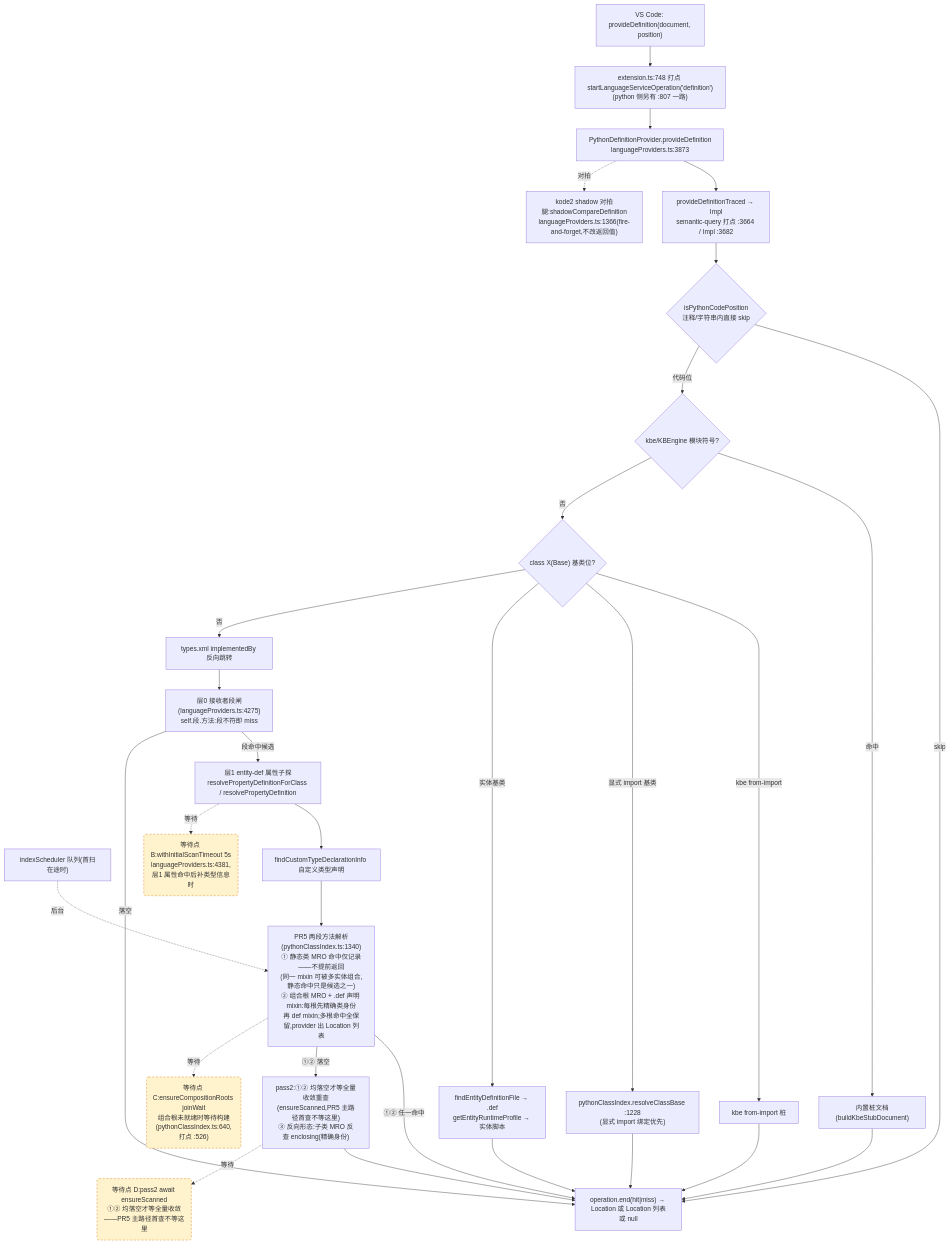
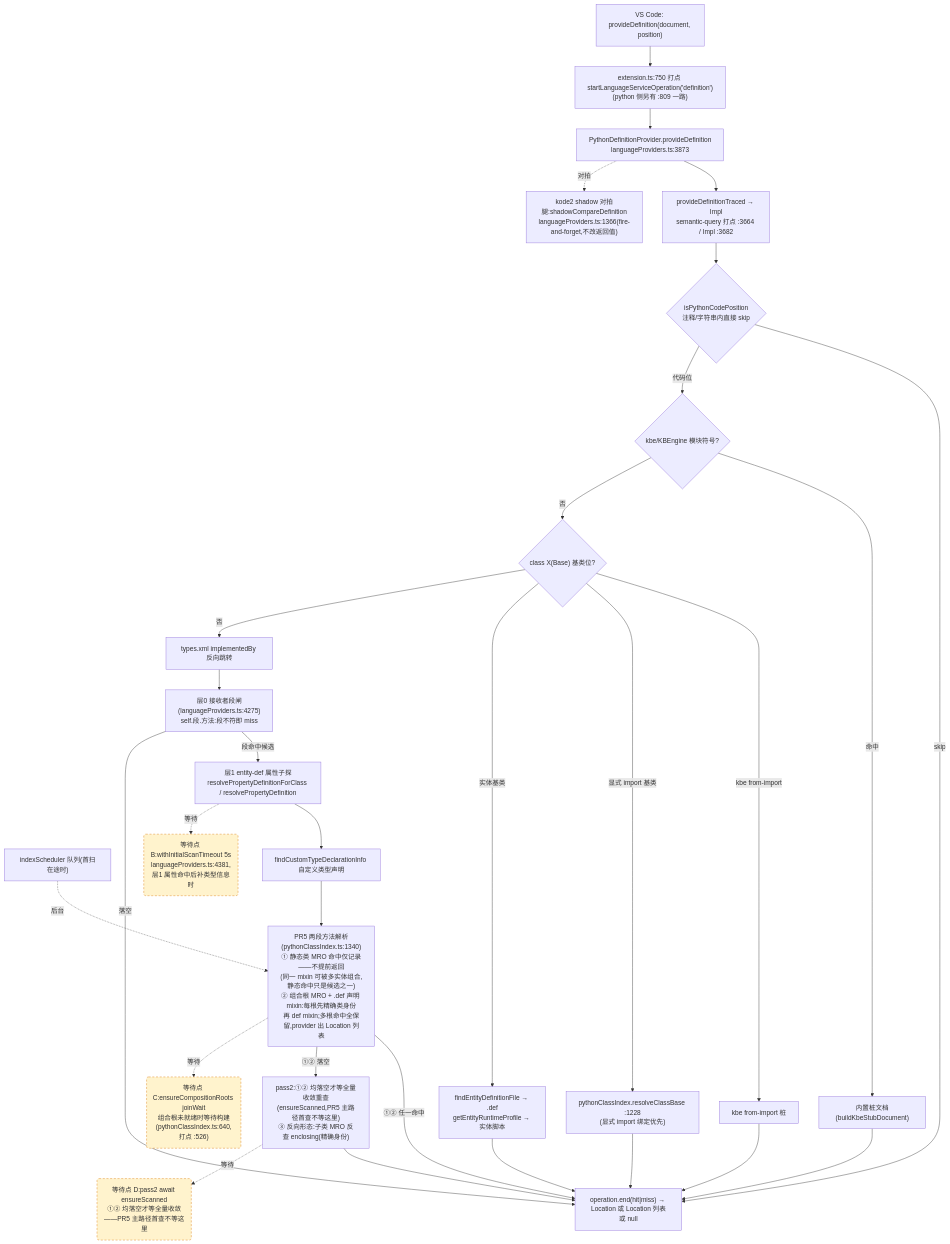
Before and after one commit to cuihairu/kode: the second of 4 diagrams in docs/perf/2026-baseline.md, drawn with Mermaid. The commit also changed other lines of this file and 11 other files, not shown here.

````diff
--- a/docs/perf/2026-baseline.md
+++ b/docs/perf/2026-baseline.md
@@ -130,51 +130,51 @@
 ```mermaid
 flowchart TD
   VC2["VS Code: provideDefinition(document, position)"]
-  M2["extension.ts:748 打点 startLanguageServiceOperation('definition')<br/>(python 侧另有 :807 一路)"]
+  M2["extension.ts:750 打点 startLanguageServiceOperation('definition')<br/>(python 侧另有 :809 一路)"]
   AD2["PythonDefinitionProvider.provideDefinition<br/>languageProviders.ts:3873"]
   TR["provideDefinitionTraced → Impl<br/>semantic-query 打点 :3664 / Impl :3682"]
   CTX{"isPythonCodePosition<br/>注释/字符串内直接 skip"}
   KBE{"kbe/KBEngine 模块符号?"}
   STUB["内置桩文档(buildKbeStubDocument)"]
   CB{"class X(Base) 基类位?"}
   CB1["kbe from-import 桩"]
   CB2["pythonClassIndex.resolveClassBase :1228<br/>(显式 import 绑定优先)"]
   CB3["findEntityDefinitionFile → .def<br/>getEntityRuntimeProfile → 实体脚本"]
   REV["types.xml implementedBy 反向跳转"]
   L0["层0 接收者段闸(languageProviders.ts:4275)<br/>self.段.方法:段不符即 miss"]
   L1["层1 entity-def 属性子探<br/>resolvePropertyDefinitionForClass / resolvePropertyDefinition"]
   SCAN["indexScheduler 队列(首扫在途时)"]
   TY["findCustomTypeDeclarationInfo 自定义类型声明"]
   MRO["PR5 两段方法解析(pythonClassIndex.ts:1340)<br/>① 静态类 MRO 命中仅记录——不提前返回<br/>(同一 mixin 可被多实体组合,静态命中只是候选之一)<br/>② 组合根 MRO + .def 声明 mixin:每根先精确类身份<br/>再 def mixin;多根命中全保留,provider 出 Location 列表"]
   PASS2["pass2:①② 均落空才等全量收敛重查<br/>(ensureScanned,PR5 主路径首查不等这里)<br/>③ 反向形态:子类 MRO 反查 enclosing(精确身份)"]
   SHD["kode2 shadow 对拍腿:shadowCompareDefinition<br/>languageProviders.ts:1366(fire-and-forget,不改返回值)"]
   END2["operation.end(hit|miss) → Location 或 Location 列表或 null"]
 
   VC2 --> M2 --> AD2 --> TR --> CTX
   CTX -- "skip" --> END2
   CTX -- "代码位" --> KBE
   KBE -- "命中" --> STUB --> END2
   KBE -- "否" --> CB
   CB -- "kbe from-import" --> CB1 --> END2
   CB -- "显式 import 基类" --> CB2 --> END2
   CB -- "实体基类" --> CB3 --> END2
   CB -- "否" --> REV --> L0
   L0 -- "段命中候选" --> L1
   L0 -- "落空" --> END2
   L1 --> TY
   TY --> MRO
   MRO -- "①② 任一命中" --> END2
   MRO -- "①② 落空" --> PASS2 --> END2
   AD2 -.->|对拍| SHD
 
   WAITB("等待点 B:withInitialScanTimeout 5s<br/>languageProviders.ts:4381,层1 属性命中后补类型信息时")
   WAITC("等待点 C:ensureCompositionRoots joinWait<br/>组合根未就绪时等待构建(pythonClassIndex.ts:640,打点 :526)")
   WAITD("等待点 D:pass2 await ensureScanned<br/>①② 均落空才等全量收敛——PR5 主路径首查不等这里")
   L1 -.->|等待| WAITB
   MRO -.->|等待| WAITC
   PASS2 -.->|等待| WAITD
   SCAN -.->|后台| MRO
 
   classDef waitPoint fill:#fff3cd,stroke:#d97706,stroke-dasharray:5 4;
   class WAITB,WAITC,WAITD waitPoint;
 ```
````
